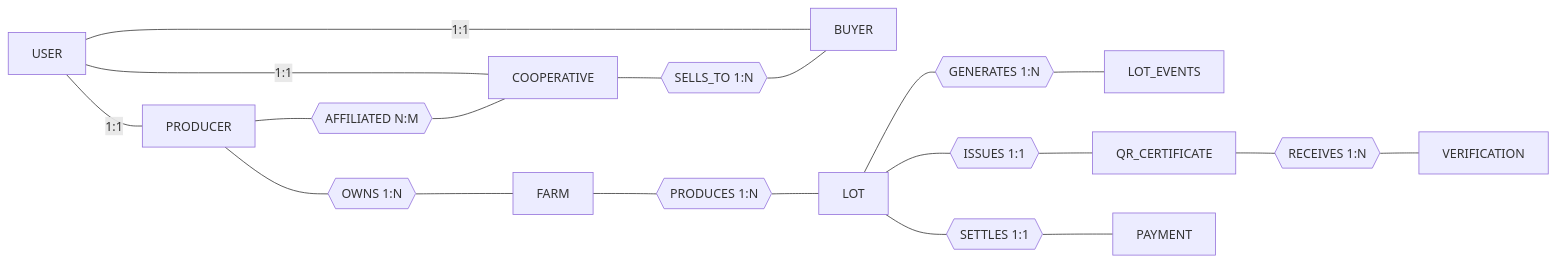
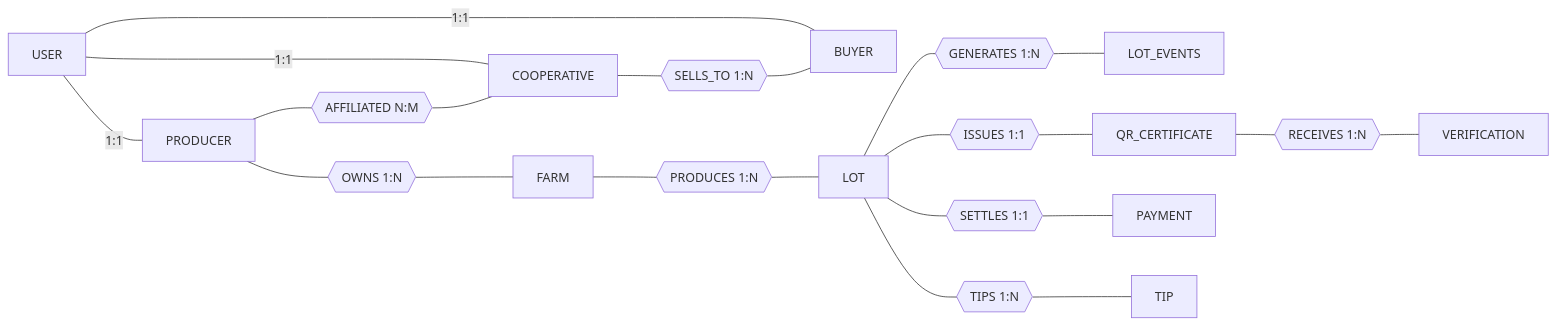
The fourth of 11 diagrams in docs/ARCHITECTURE.en.md (FerLpz55/BeanTrust), drawn with Mermaid before and after one commit. The commit also changed other lines of this file and 93 other files, not shown here.

````diff
--- a/docs/ARCHITECTURE.en.md
+++ b/docs/ARCHITECTURE.en.md
@@ -449,34 +529,37 @@
 ```mermaid
 flowchart LR
     USR[USER]
     PROD[PRODUCER]
     COOP[COOPERATIVE]
     BUY[BUYER]
     FARM[FARM]
     LOT[LOT]
     EVN[LOT_EVENTS]
     QR[QR_CERTIFICATE]
     VER[VERIFICATION]
     PAY[PAYMENT]
+    TIP[TIP]
 
     R1{{OWNS 1:N}}
     R2{{AFFILIATED N:M}}
     R3{{SELLS_TO 1:N}}
     R4{{PRODUCES 1:N}}
     R5{{GENERATES 1:N}}
     R6{{ISSUES 1:1}}
     R7{{RECEIVES 1:N}}
     R8{{SETTLES 1:1}}
+    R9{{TIPS 1:N}}
 
     USR ---|1:1| PROD
     USR ---|1:1| COOP
     USR ---|1:1| BUY
     PROD --- R1 --- FARM
     PROD --- R2 --- COOP
     COOP --- R3 --- BUY
     FARM --- R4 --- LOT
     LOT --- R5 --- EVN
     LOT --- R6 --- QR
     QR --- R7 --- VER
     LOT --- R8 --- PAY
+    LOT --- R9 --- TIP
 ```
````
